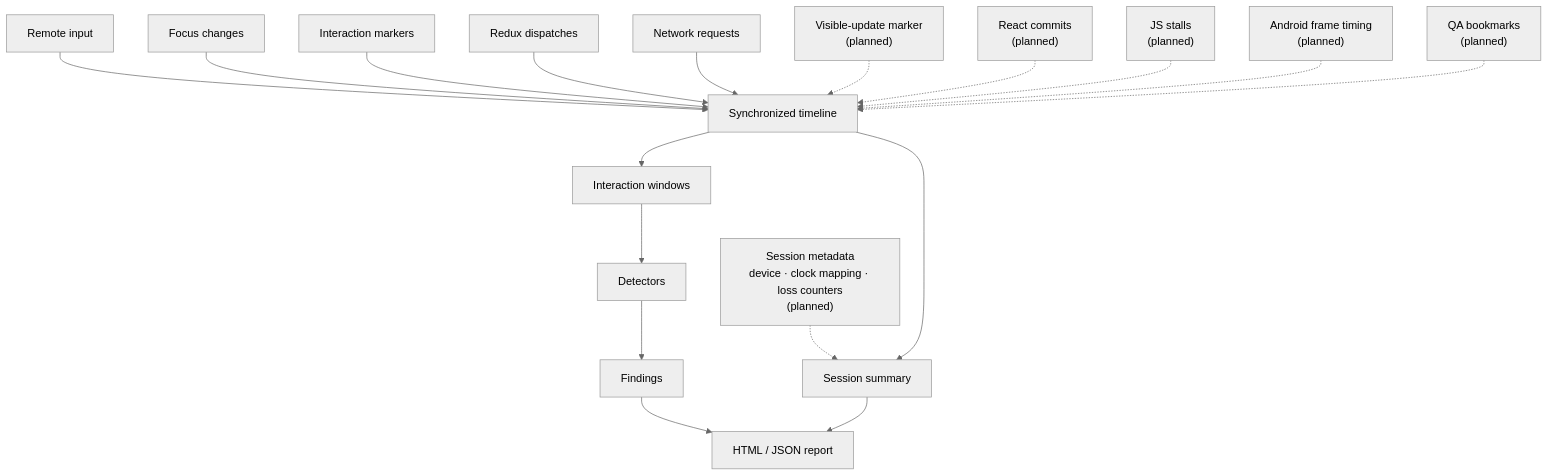
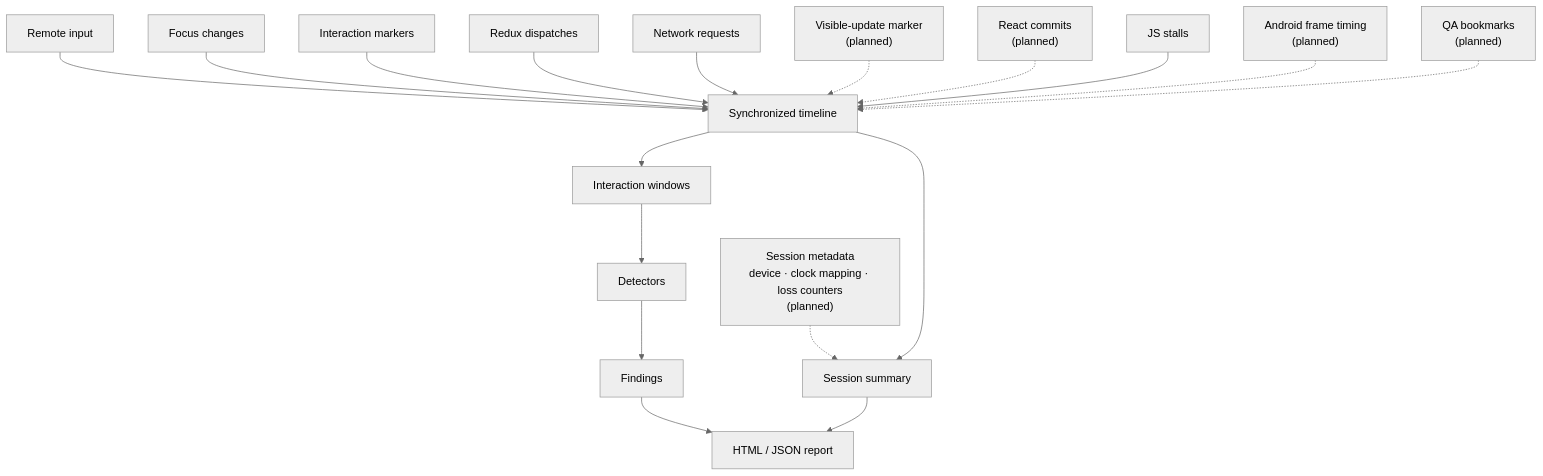
One commit to undrafted/rn-android-tv-session-telemetry changed the diagram in .github/signals.mmd. Above: the diagram before and after it, drawn with Mermaid. The commit also changed 5 other files, not shown here.

```diff
--- a/.github/signals.mmd
+++ b/.github/signals.mmd
@@ -1,20 +1,20 @@
 %%{init: {"theme": "neutral"}}%%
 flowchart TD
     RemoteInput["Remote input"] --> Timeline["Synchronized timeline"]
     Focus["Focus changes"] --> Timeline
     InteractionMarker["Interaction markers"] --> Timeline
     Redux["Redux dispatches"] --> Timeline
     Network["Network requests"] --> Timeline
     VisibleUpdate["Visible-update marker<br/>(planned)"] -.-> Timeline
     ReactCommit["React commits<br/>(planned)"] -.-> Timeline
-    JSStall["JS stalls<br/>(planned)"] -.-> Timeline
+    JSStall["JS stalls"] --> Timeline
     FrameTiming["Android frame timing<br/>(planned)"] -.-> Timeline
     Bookmarks["QA bookmarks<br/>(planned)"] -.-> Timeline
     SessionMeta["Session metadata<br/>device · clock mapping · loss counters<br/>(planned)"] -.-> Summary
 
     Timeline --> Windows["Interaction windows"]
     Timeline --> Summary["Session summary"]
     Windows --> Detectors["Detectors"]
     Detectors --> Findings["Findings"]
     Findings --> ReportOut["HTML / JSON report"]
     Summary --> ReportOut
```
